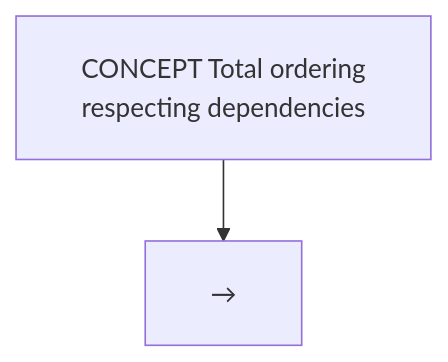
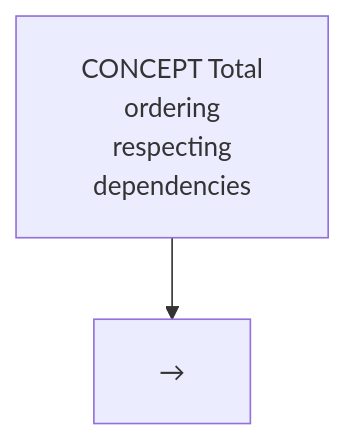
Before and after one commit to dip4k/DSA_102: the second of 2 diagrams in week_11_dp_ii_advanced/Week_11_Visual_Concepts_Playbook_HYBRID.md, drawn with Mermaid. The commit also changed other lines of this file and 106 other files, not shown here.

First line of the commit message:
fix(mermaid): prevent text clipping with foreignObject overflow and tighter line wrapping

````diff
--- a/week_11_dp_ii_advanced/Week_11_Visual_Concepts_Playbook_HYBRID.md
+++ b/week_11_dp_ii_advanced/Week_11_Visual_Concepts_Playbook_HYBRID.md
@@ -154,6 +154,6 @@
 ```mermaid
-%%{init: {"flowchart": {"htmlLabels": true, "padding": 20}}}%%
+%%{init: {"flowchart": {"htmlLabels": true, "padding": 20}, "themeCSS": "foreignObject { overflow: visible !important; }"}}%%
 flowchart TD
-    R["CONCEPT Total ordering<br/>respecting dependencies"]
+    R["CONCEPT Total<br/>ordering<br/>respecting<br/>dependencies"]
     R --> N1["→"]
 ```
````
